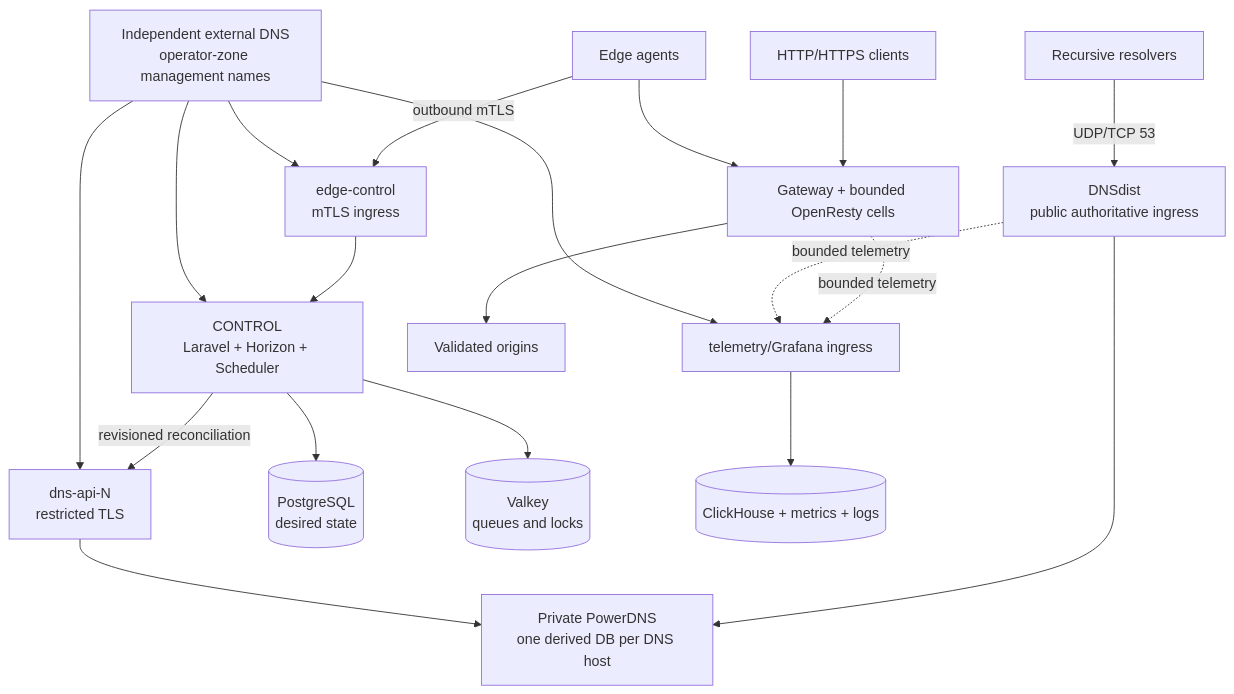
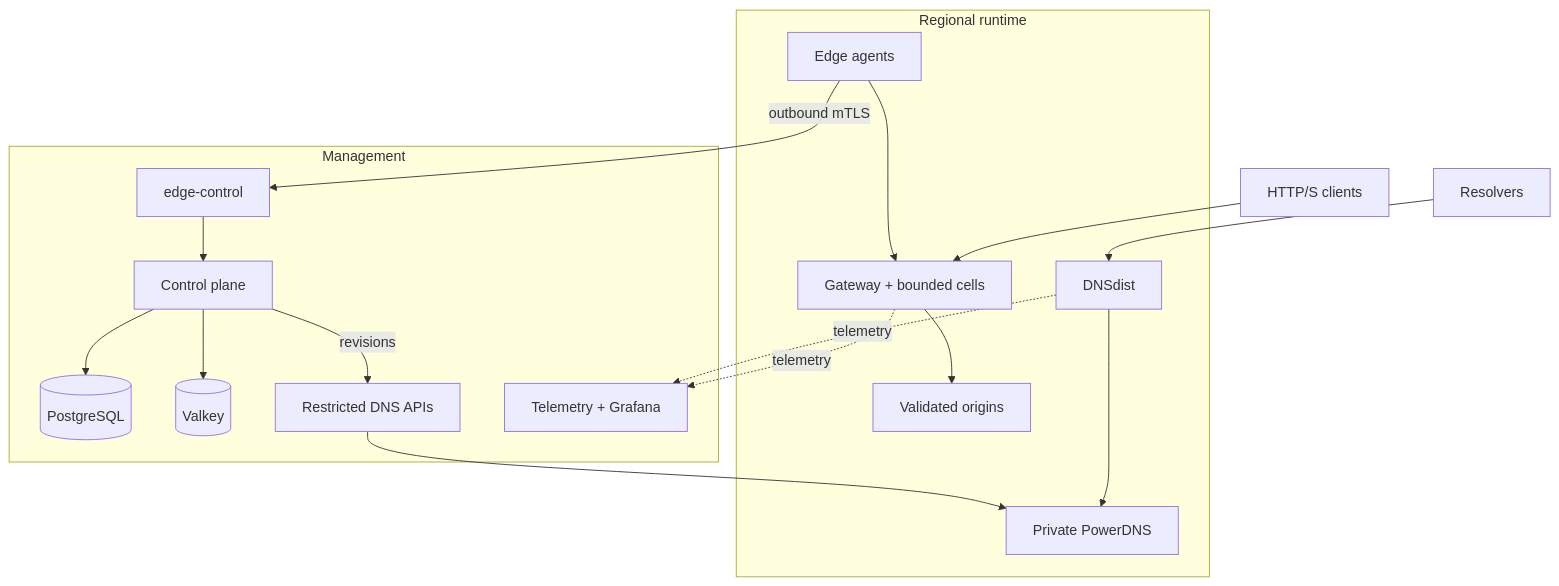
Before and after one commit to vaheed/CDNFoundry: the first of 7 diagrams in docs/deployment/production-fleet.md, drawn with Mermaid. The commit also changed other lines of this file and 24 other files, not shown here.

````diff
--- a/docs/deployment/production-fleet.md
+++ b/docs/deployment/production-fleet.md
@@ -22,21 +22,20 @@
 ```mermaid
 flowchart TB
-    ExternalDNS["Independent external DNS<br/>operator-zone management names"] --> CONTROL["CONTROL<br/>Laravel + Horizon + Scheduler"]
-    ExternalDNS --> EDGE_CONTROL["edge-control<br/>mTLS ingress"]
-    ExternalDNS --> DNS_API["dns-api-N<br/>restricted TLS"]
-    ExternalDNS --> TELEMETRY["telemetry/Grafana ingress"]
-    CONTROL --> PG[("PostgreSQL<br/>desired state")]
-    CONTROL --> V[("Valkey<br/>queues and locks")]
-    CONTROL -->|"revisioned reconciliation"| DNS_API
-    DNS_API --> PDNS["Private PowerDNS<br/>one derived DB per DNS host"]
-    Resolvers["Recursive resolvers"] -->|"UDP/TCP 53"| DNSDIST["DNSdist<br/>public authoritative ingress"]
-    DNSDIST --> PDNS
-    Agents["Edge agents"] -->|"outbound mTLS"| EDGE_CONTROL
-    EDGE_CONTROL --> CONTROL
-    Agents --> CELLS["Gateway + bounded OpenResty cells"]
-    Clients["HTTP/HTTPS clients"] --> CELLS
-    CELLS --> Origins["Validated origins"]
-    DNSDIST -. "bounded telemetry" .-> TELEMETRY
-    CELLS -. "bounded telemetry" .-> TELEMETRY
-    TELEMETRY --> CH[("ClickHouse + metrics + logs")]
+    subgraph Management["Management"]
+      CONTROL["Control plane"] --> PG[("PostgreSQL")]
+      CONTROL --> V[("Valkey")]
+      EDGE_CONTROL["edge-control"] --> CONTROL
+      CONTROL -->|"revisions"| DNS_API["Restricted DNS APIs"]
+      TELEMETRY["Telemetry + Grafana"]
+    end
+    subgraph Runtime["Regional runtime"]
+      Agents["Edge agents"] -->|"outbound mTLS"| EDGE_CONTROL
+      Agents --> CELLS["Gateway + bounded cells"] --> Origins["Validated origins"]
+      DNS_API --> PDNS["Private PowerDNS"]
+      DNSDIST["DNSdist"] --> PDNS
+    end
+    Resolvers["Resolvers"] --> DNSDIST
+    Clients["HTTP/S clients"] --> CELLS
+    DNSDIST -. "telemetry" .-> TELEMETRY
+    CELLS -. "telemetry" .-> TELEMETRY
 ```
````
